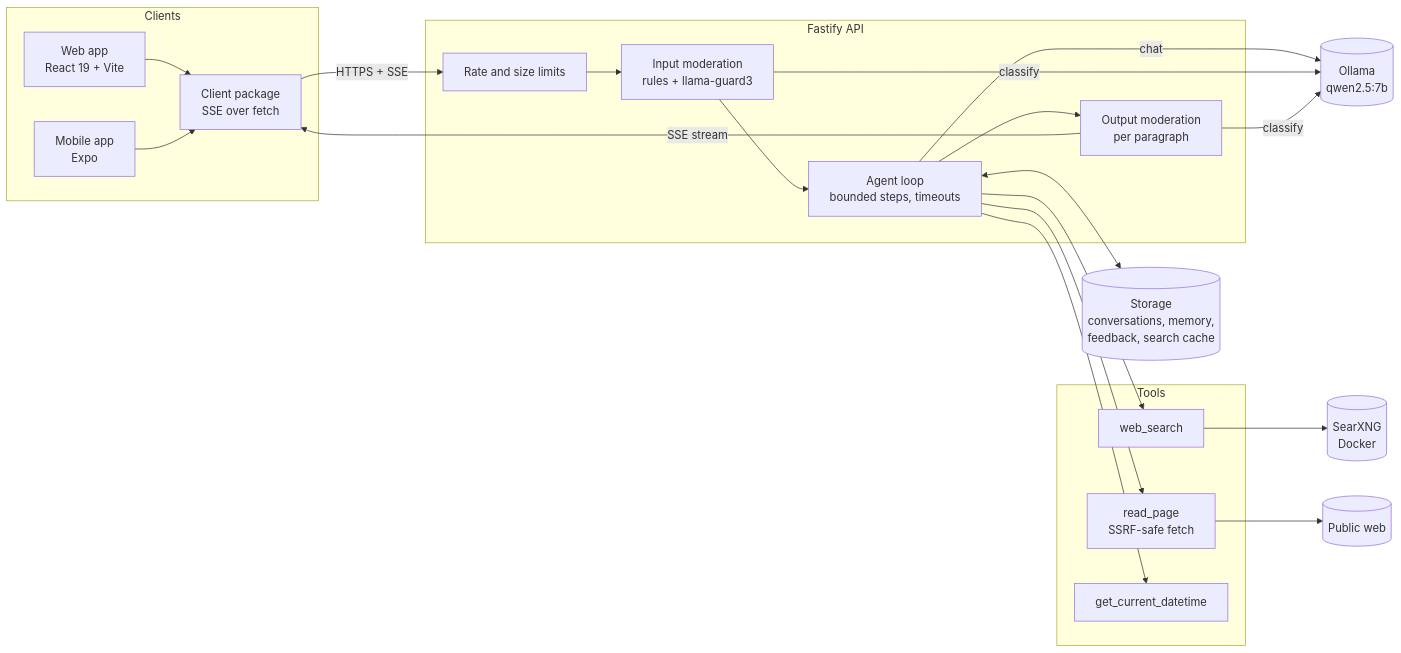
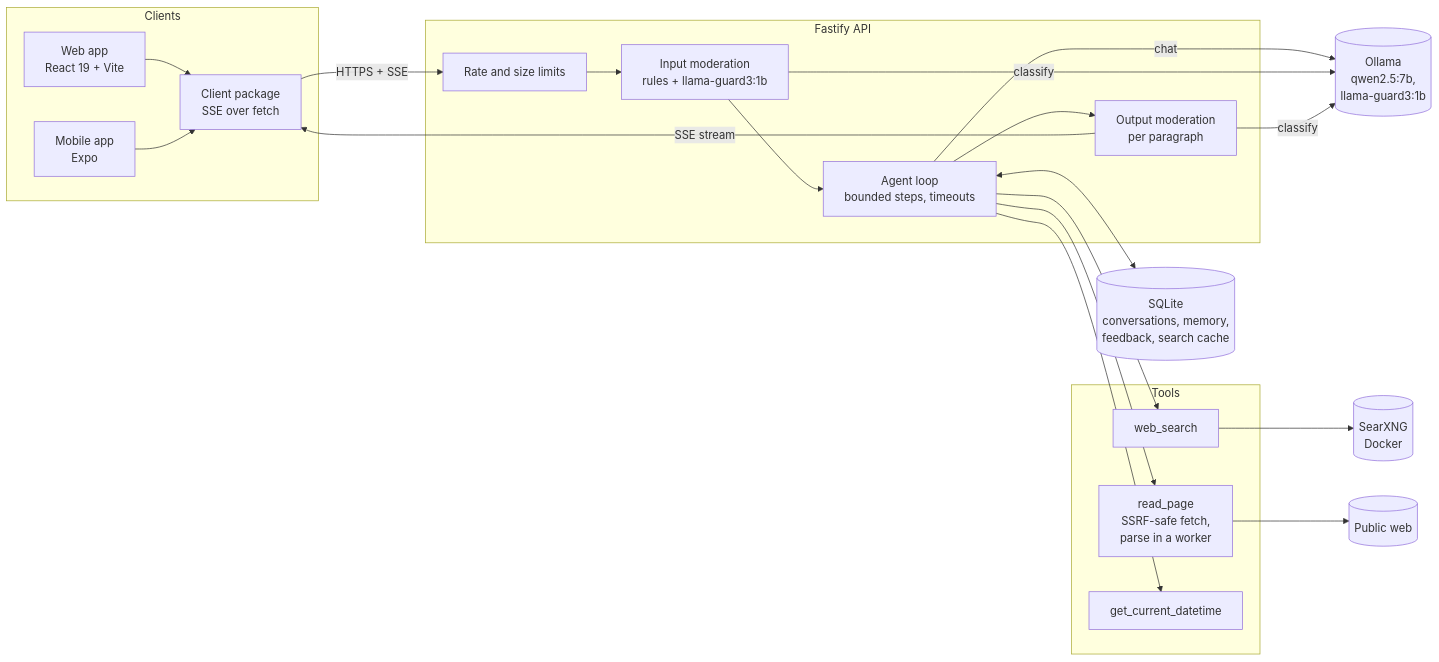
The diagram in README.md (AnkurSingh16/local-ai-assistant), drawn with Mermaid before and after one commit. The commit also changed other lines of this file and 18 other files, not shown here.

First line of the commit message:
docs: record architecture decisions in ADRs 0001 to 0013 (#30)

````diff
--- a/README.md
+++ b/README.md
@@ -30,33 +30,33 @@
 ```mermaid
 flowchart LR
   subgraph Clients
     W[Web app<br/>React 19 + Vite]
     M[Mobile app<br/>Expo]
     C[Client package<br/>SSE over fetch]
     W --> C
     M --> C
   end
 
   subgraph API[Fastify API]
     RL[Rate and size limits]
-    IM[Input moderation<br/>rules + llama-guard3]
+    IM[Input moderation<br/>rules + llama-guard3:1b]
     AG[Agent loop<br/>bounded steps, timeouts]
     OM[Output moderation<br/>per paragraph]
     RL --> IM --> AG --> OM
   end
 
   subgraph Tools
     WS[web_search]
-    RP[read_page<br/>SSRF-safe fetch]
+    RP[read_page<br/>SSRF-safe fetch,<br/>parse in a worker]
     DT[get_current_datetime]
   end
 
   C -- HTTPS + SSE --> RL
   AG --> WS & RP & DT
-  AG -- chat --> OL[(Ollama<br/>qwen2.5:7b)]
+  AG -- chat --> OL[(Ollama<br/>qwen2.5:7b,<br/>llama-guard3:1b)]
   IM & OM -- classify --> OL
   WS --> SX[(SearXNG<br/>Docker)]
   RP --> NET[(Public web)]
-  AG <--> DB[(Storage<br/>conversations, memory,<br/>feedback, search cache)]
+  AG <--> DB[(SQLite<br/>conversations, memory,<br/>feedback, search cache)]
   OM -- SSE stream --> C
 ```
````
